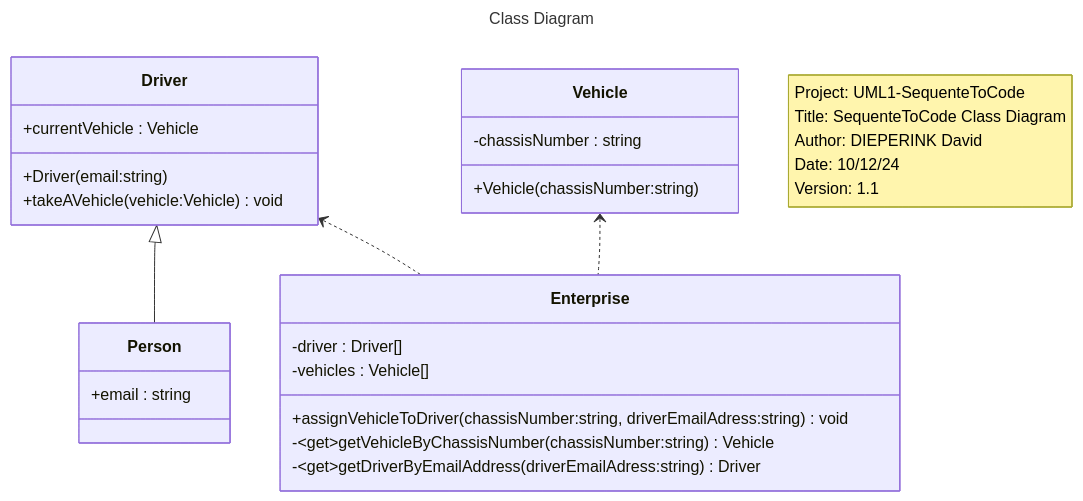
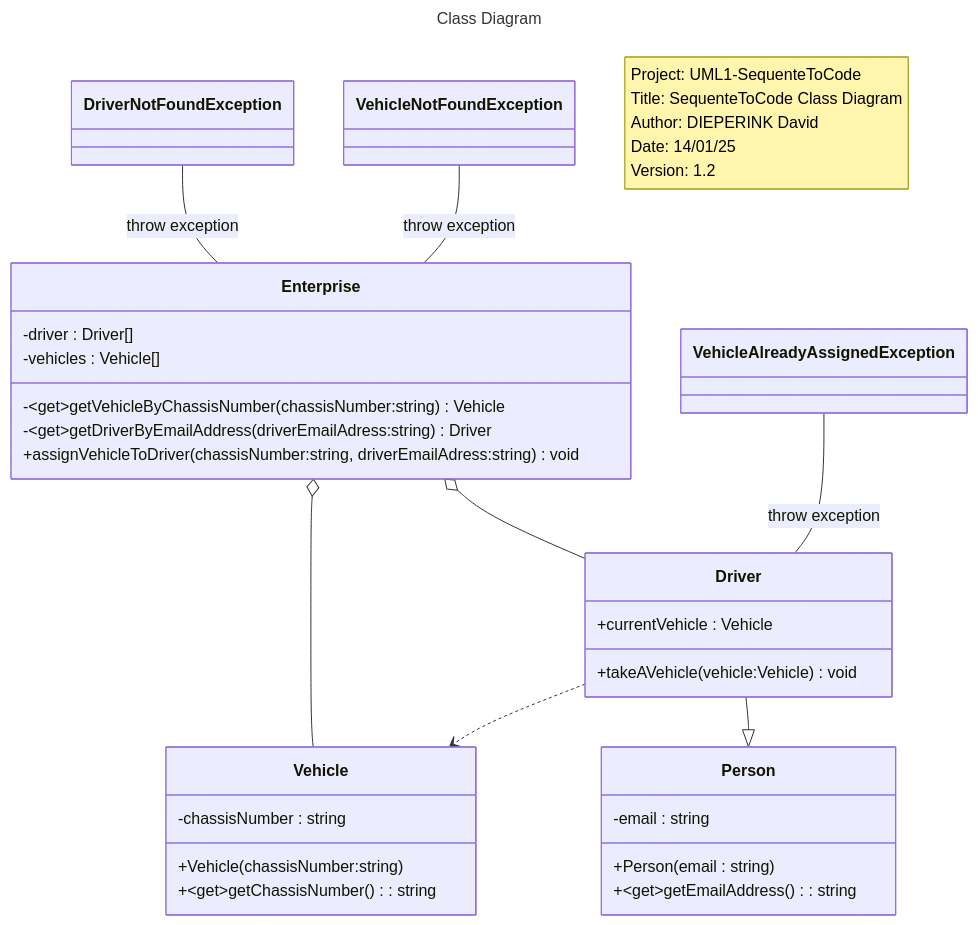
The diagram in docs/class-diagram.md (dieperid/SequenceToCode), drawn with Mermaid before and after one commit. The commit also changed 6 other files, not shown here.

````diff
--- a/docs/class-diagram.md
+++ b/docs/class-diagram.md
@@ -3,41 +3,55 @@
 ```mermaid
 ---
 title: Class Diagram
 ---
 classDiagram
     note "Project: UML1-SequenteToCode
     Title: SequenteToCode Class Diagram
     Author: DIEPERINK David
-    Date: 10/12/24
-    Version: 1.1"
+    Date: 14/01/25
+    Version: 1.2"
 
     class Driver {
         +currentVehicle : Vehicle
 
-        +Driver(email:string)
         +takeAVehicle(vehicle:Vehicle) void
     }
-    Driver <|-- Person
 
     class Person {
-        +email : string
+        -email : string
+        +Person(email : string)
+        +~get~getEmailAddress() : string
     }
 
     class Vehicle {
         -chassisNumber : string
 
         +Vehicle(chassisNumber:string)
+        +~get~getChassisNumber() : string
     }
 
     class Enterprise {
         -driver : Driver[]
         -vehicles : Vehicle[]
 
-        +assignVehicleToDriver(chassisNumber:string, driverEmailAdress:string) void
+
         -~get~getVehicleByChassisNumber(chassisNumber:string) Vehicle
         -~get~getDriverByEmailAddress(driverEmailAdress:string) Driver
+        +assignVehicleToDriver(chassisNumber:string, driverEmailAdress:string) void
     }
 
-    Vehicle <.. Enterprise
-    Driver <.. Enterprise
+    class DriverNotFoundException { }
+
+    class VehicleNotFoundException { }
+
+    class VehicleAlreadyAssignedException { }
+
+    Enterprise o-- Vehicle
+    Enterprise o-- Driver
+    Driver --|> Person
+    Driver ..> Vehicle
+
+    VehicleAlreadyAssignedException -- Driver : throw exception
+    DriverNotFoundException -- Enterprise : throw exception
+    VehicleNotFoundException -- Enterprise : throw exception
 ```
````
